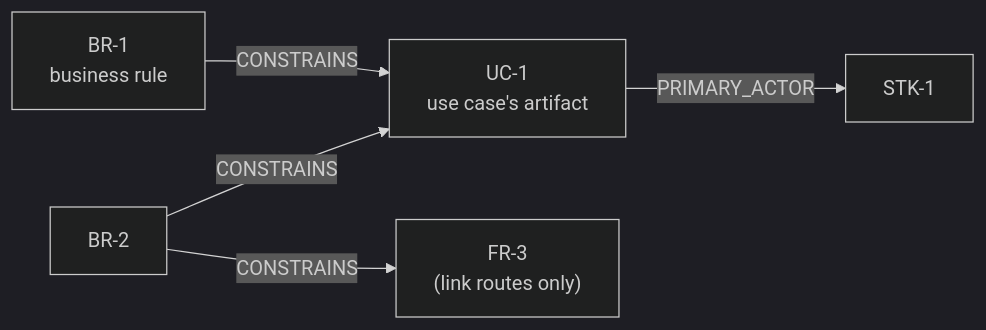
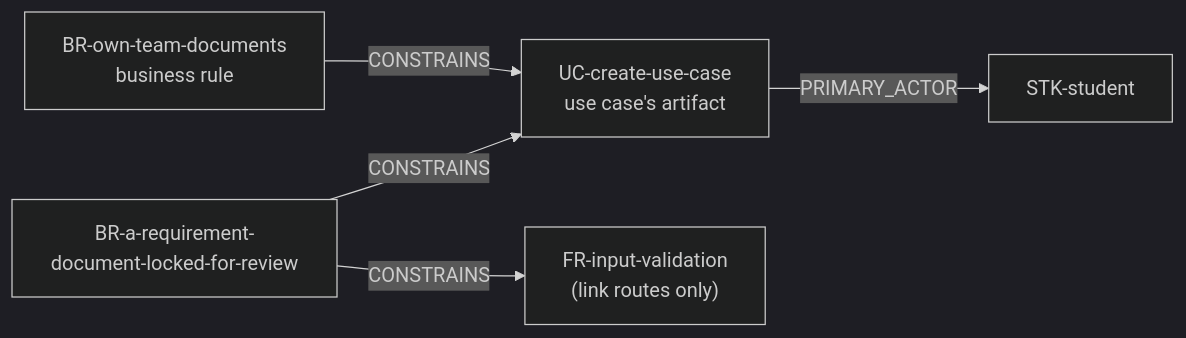
One commit to Washingtonwei/project-pulse changed the eighth of 11 diagrams in docs/design/doc.md. Above: the diagram before and after it, drawn with Mermaid (dark theme). The commit also changed other lines of this file and 4 other files, not shown here.

First line of the commit message:
Fix review nits on the artifact key prefix change

````diff
--- a/docs/design/doc.md
+++ b/docs/design/doc.md
@@ -370,7 +370,7 @@
 ```mermaid
 flowchart LR
-    R1["BR-1<br/>business rule"] -- CONSTRAINS --> UC["UC-1<br/>use case's artifact"]
-    R2["BR-2"] -- CONSTRAINS --> UC
-    R2 -- CONSTRAINS --> FR["FR-3<br/>(link routes only)"]
-    UC -- PRIMARY_ACTOR --> STK["STK-1"]
+    R1["BR-own-team-documents<br/>business rule"] -- CONSTRAINS --> UC["UC-create-use-case<br/>use case's artifact"]
+    R2["BR-a-requirement-document-locked-for-review"] -- CONSTRAINS --> UC
+    R2 -- CONSTRAINS --> FR["FR-input-validation<br/>(link routes only)"]
+    UC -- PRIMARY_ACTOR --> STK["STK-student"]
 ```
````
